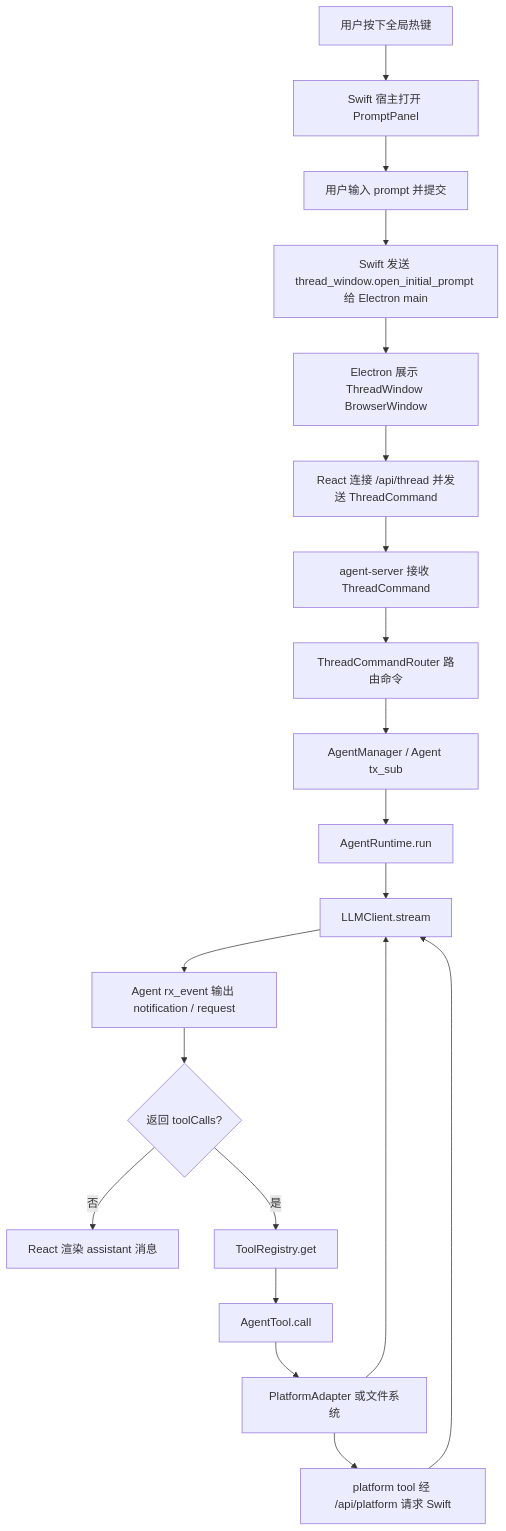
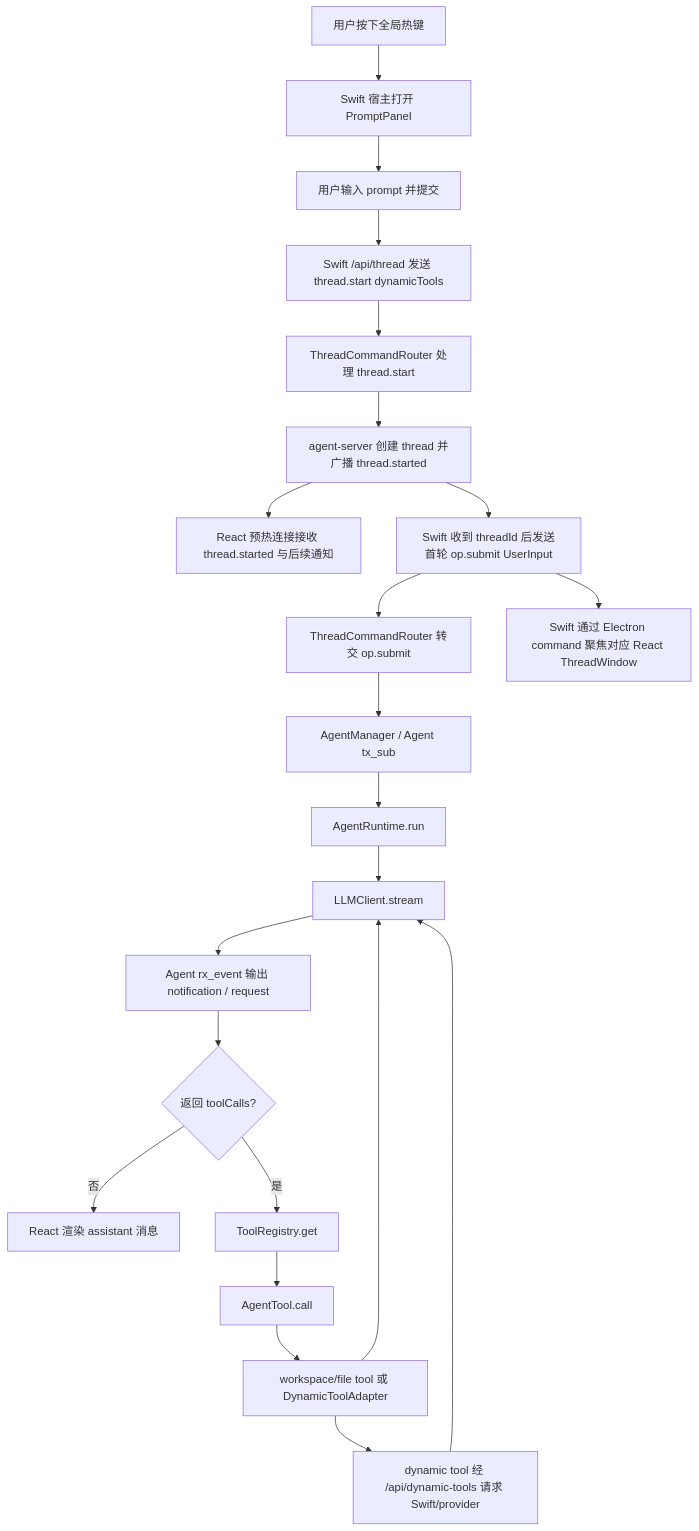
Before and after one commit to Lixuhang987/Wisp-Pocket: the second of 2 diagrams in handAgent.md, drawn with Mermaid. The commit also changed other lines of this file and 115 other files, not shown here.

Commit message:
Implement dynamic tool provider routing

````diff
--- a/handAgent.md
+++ b/handAgent.md
@@ -31,22 +31,24 @@
 ```mermaid
 flowchart TD
   A[用户按下全局热键] --> B[Swift 宿主打开 PromptPanel]
   B --> C[用户输入 prompt 并提交]
-  C --> D[Swift 发送 thread_window.open_initial_prompt 给 Electron main]
-  D --> E[Electron 展示 ThreadWindow BrowserWindow]
-  E --> F[React 连接 /api/thread 并发送 ThreadCommand]
-  F --> G[agent-server 接收 ThreadCommand]
-  G --> H[ThreadCommandRouter 路由命令]
-  H --> Agt[AgentManager / Agent tx_sub]
+  C --> D[Swift /api/thread 发送 thread.start dynamicTools]
+  D --> RStart[ThreadCommandRouter 处理 thread.start]
+  RStart --> E[agent-server 创建 thread 并广播 thread.started]
+  E --> H[React 预热连接接收 thread.started 与后续通知]
+  E --> F[Swift 收到 threadId 后发送首轮 op.submit UserInput]
+  F --> RRun[ThreadCommandRouter 转交 op.submit]
+  F --> G[Swift 通过 Electron command 聚焦对应 React ThreadWindow]
+  RRun --> Agt[AgentManager / Agent tx_sub]
   Agt --> I[AgentRuntime.run]
   I --> J[LLMClient.stream]
   J --> K[Agent rx_event 输出 notification / request]
   K --> L{返回 toolCalls?}
   L -- 否 --> M[React 渲染 assistant 消息]
   L -- 是 --> N[ToolRegistry.get]
   N --> O[AgentTool.call]
-  O --> P[PlatformAdapter 或文件系统]
+  O --> P[workspace/file tool 或 DynamicToolAdapter]
   P --> J
-  P --> Q[platform tool 经 /api/platform 请求 Swift]
+  P --> Q[dynamic tool 经 /api/dynamic-tools 请求 Swift/provider]
   Q --> J
 ```
````
